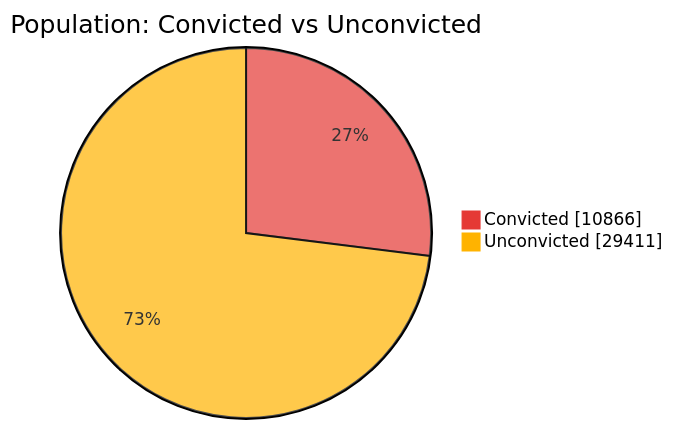
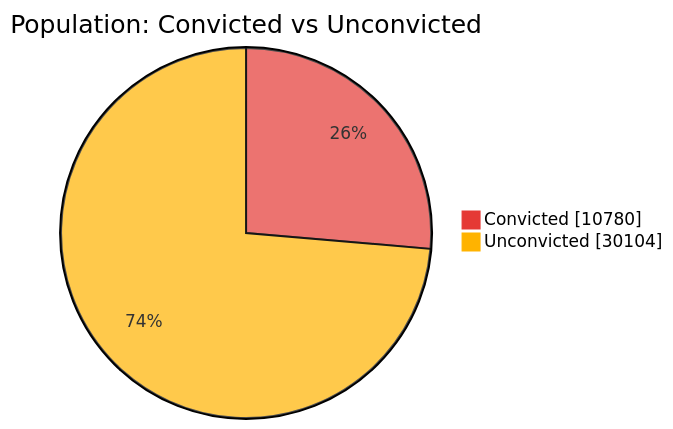
Before and after one commit to nuuuwan/lk_prisons: the first of 7 diagrams in README.md, drawn with Mermaid. The commit also changed other lines of this file and 1 other file, not shown here.

````diff
--- a/README.md
+++ b/README.md
@@ -43,6 +43,6 @@
 ```mermaid
 %%{init: {'themeVariables': {'pie1': '#E53935', 'pie2': '#FFB300'}}}%%
 pie showData title Population: Convicted vs Unconvicted
-    "Convicted" : 10866
-    "Unconvicted" : 29411
+    "Convicted" : 10780
+    "Unconvicted" : 30104
 ```
````
